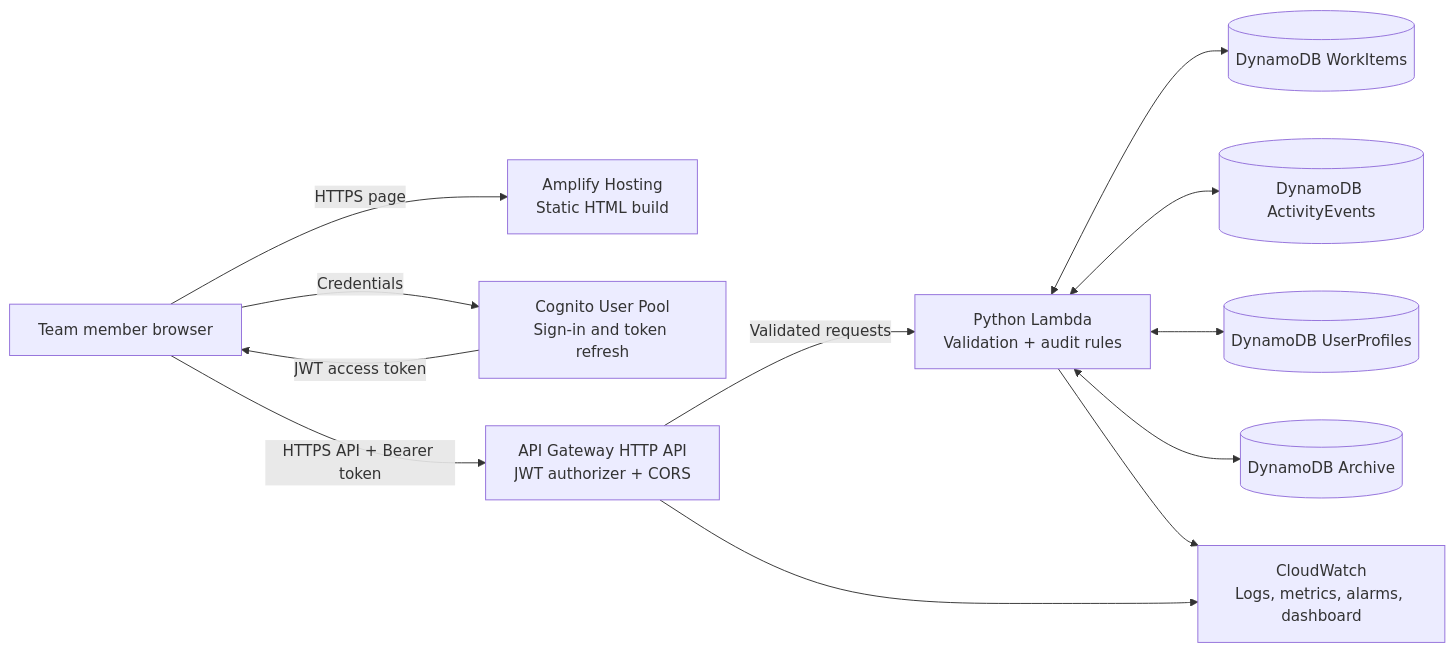
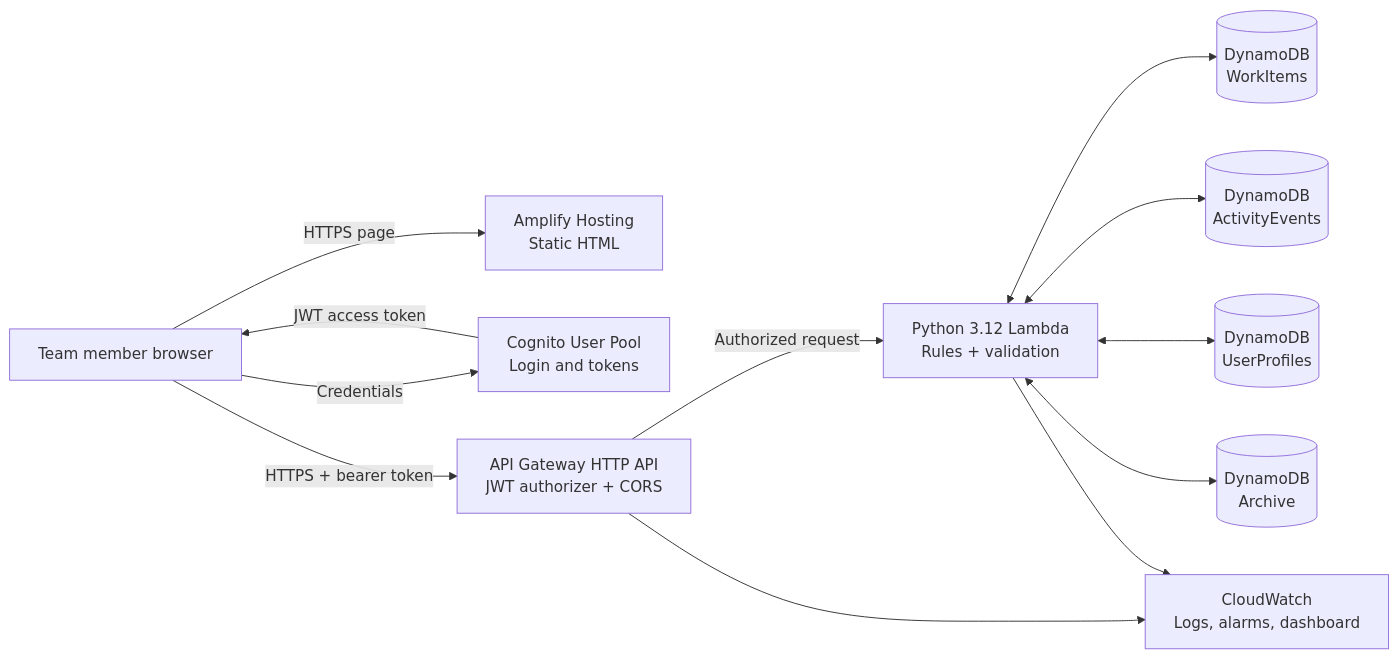
Before and after one commit to retzed/Team_Follow-Up_AWS-Deployment: the first of 2 diagrams in docs/ARCHITECTURE.md, drawn with Mermaid. The commit also changed other lines of this file, not shown here.

Commit message:
Document architecture and trust boundaries

````diff
--- a/docs/ARCHITECTURE.md
+++ b/docs/ARCHITECTURE.md
@@ -5,25 +7,25 @@
 ```mermaid
 flowchart LR
-    B[Team member browser]
-    A[Amplify Hosting\nStatic HTML build]
-    C[Cognito User Pool\nSign-in and token refresh]
-    G[API Gateway HTTP API\nJWT authorizer + CORS]
-    L[Python Lambda\nValidation + audit rules]
-    W[(DynamoDB WorkItems)]
-    H[(DynamoDB ActivityEvents)]
-    U[(DynamoDB UserProfiles)]
-    R[(DynamoDB Archive)]
-    CW[CloudWatch\nLogs, metrics, alarms, dashboard]
+    U[Team member browser]
+    A[Amplify Hosting<br/>Static HTML]
+    C[Cognito User Pool<br/>Login and tokens]
+    G[API Gateway HTTP API<br/>JWT authorizer + CORS]
+    L[Python 3.12 Lambda<br/>Rules + validation]
+    W[(DynamoDB<br/>WorkItems)]
+    E[(DynamoDB<br/>ActivityEvents)]
+    P[(DynamoDB<br/>UserProfiles)]
+    R[(DynamoDB<br/>Archive)]
+    M[CloudWatch<br/>Logs, alarms, dashboard]
 
-    B -->|HTTPS page| A
-    B -->|Credentials| C
-    C -->|JWT access token| B
-    B -->|HTTPS API + Bearer token| G
-    G -->|Validated requests| L
+    U -->|HTTPS page| A
+    U -->|Credentials| C
+    C -->|JWT access token| U
+    U -->|HTTPS + bearer token| G
+    G -->|Authorized request| L
     L <--> W
-    L <--> H
-    L <--> U
+    L <--> E
+    L <--> P
     L <--> R
-    L --> CW
-    G --> CW
+    G --> M
+    L --> M
 ```
````
